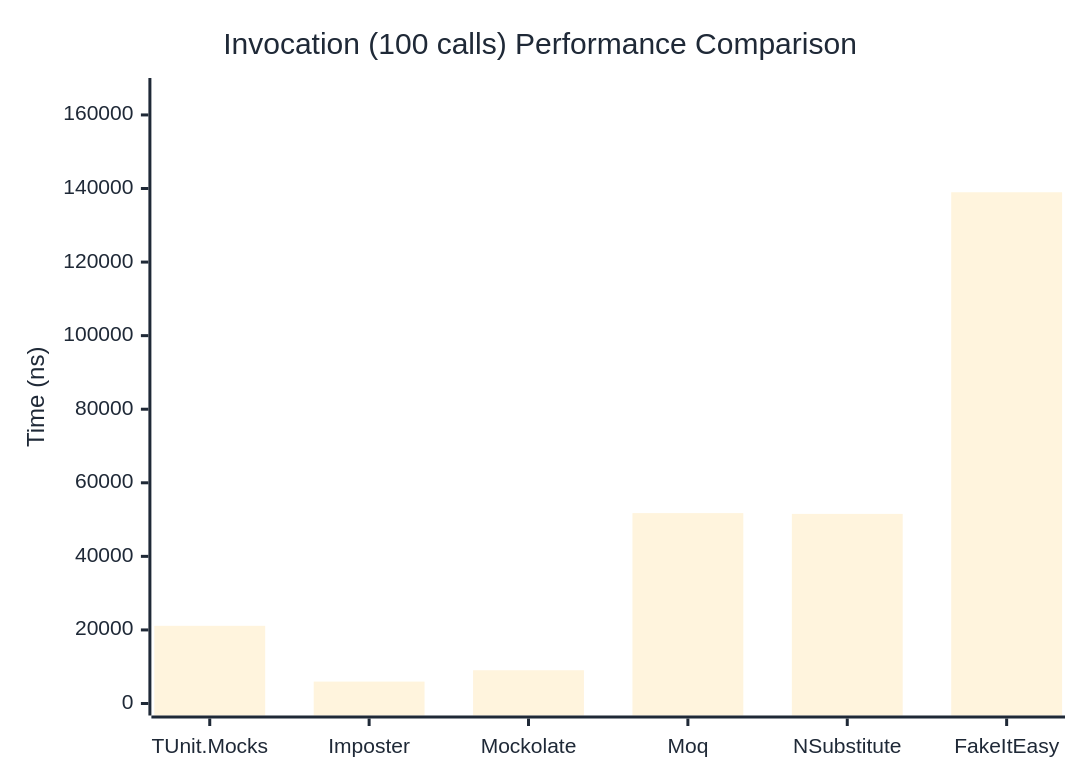
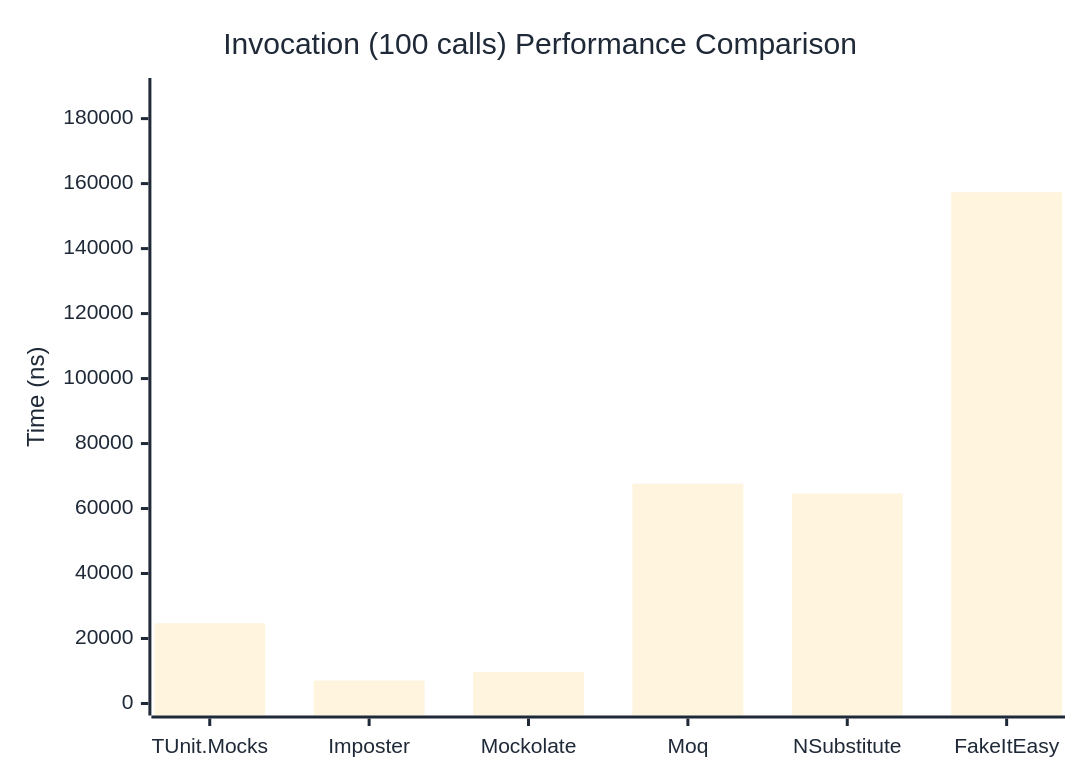
The third of 3 diagrams in docs/docs/benchmarks/mocks/Invocation.md (thomhurst/TUnit), drawn with Mermaid before and after one commit. The commit also changed other lines of this file and 14 other files, not shown here.

````diff
--- a/docs/docs/benchmarks/mocks/Invocation.md
+++ b/docs/docs/benchmarks/mocks/Invocation.md
@@ -112,27 +112,27 @@
 ```mermaid
 %%{init: {
   'theme':'base',
   'themeVariables': {
     'primaryColor': '#2563eb',
     'primaryTextColor': '#1f2937',
     'primaryBorderColor': '#1e40af',
     'lineColor': '#6b7280',
     'secondaryColor': '#7c3aed',
     'tertiaryColor': '#dc2626',
     'background': '#ffffff',
     'pie1': '#2563eb',
     'pie2': '#7c3aed',
     'pie3': '#dc2626',
     'pie4': '#f59e0b',
     'pie5': '#10b981',
     'pie6': '#06b6d4',
     'pie7': '#ec4899',
     'pie8': '#6366f1'
   }
 }}%%
 xychart-beta
   title "Invocation (100 calls) Performance Comparison"
   x-axis ["TUnit.Mocks", "Imposter", "Mockolate", "Moq", "NSubstitute", "FakeItEasy"]
-  y-axis "Time (ns)" 0 --> 166779
-  bar [21117.16, 5954.3, 9040.48, 51754.75, 51543.91, 138981.71]
+  y-axis "Time (ns)" 0 --> 188805
+  bar [24693.95, 7068.38, 9746.39, 67653.65, 64620.39, 157336.89]
 ```
````
